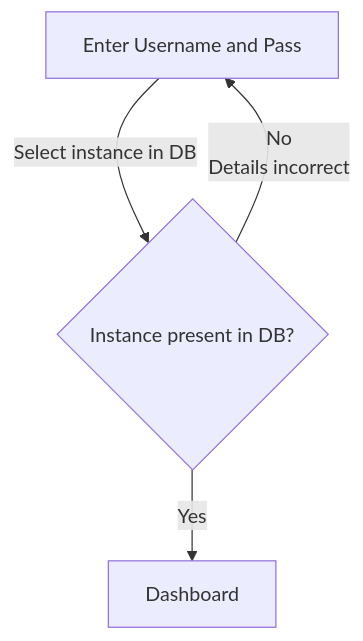
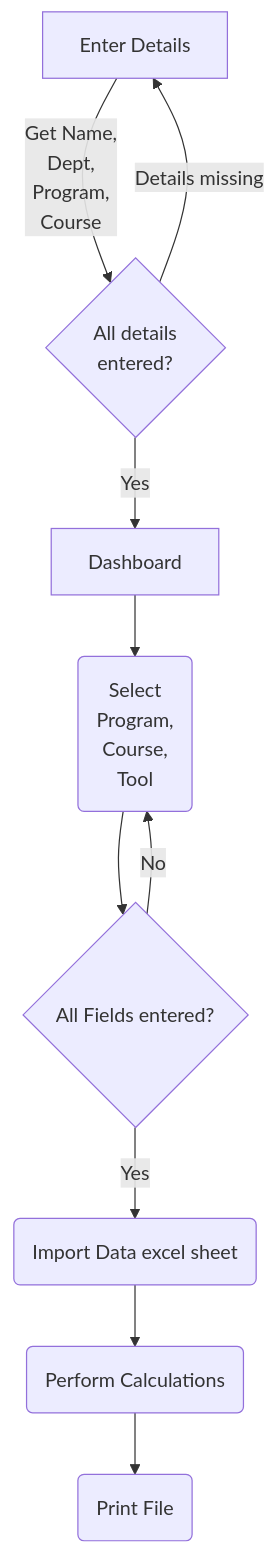
One commit to polusUptake/careless-exclamation changed the diagram in flow_diagram.md. Above: the diagram before and after it, drawn with Mermaid.

Commit message:
Revise flowchart for user input and validation

````diff
--- a/flow_diagram.md
+++ b/flow_diagram.md
@@ -1,6 +1,12 @@
 ```mermaid
 flowchart TD
-    A[Enter Username and Pass] -->|Select instance in DB| B{Instance present in DB?}
-    B -->|No\nDetails incorrect| A
+    A[Enter Details] -->|Get Name,\n Dept,\n Program,\n Course | B{All details \nentered?}
+    B -->|Details missing| A
     B -->|Yes|C[Dashboard]
+    C-->D(Select\n Program,\n Course,\nTool)
+    D-->E{All Fields entered?}
+    E-->|No|D
+    E-->|Yes|F(Import Data excel sheet)
+    F-->G(Perform Calculations)
+    G-->H(Print File)
 ``` 
````
